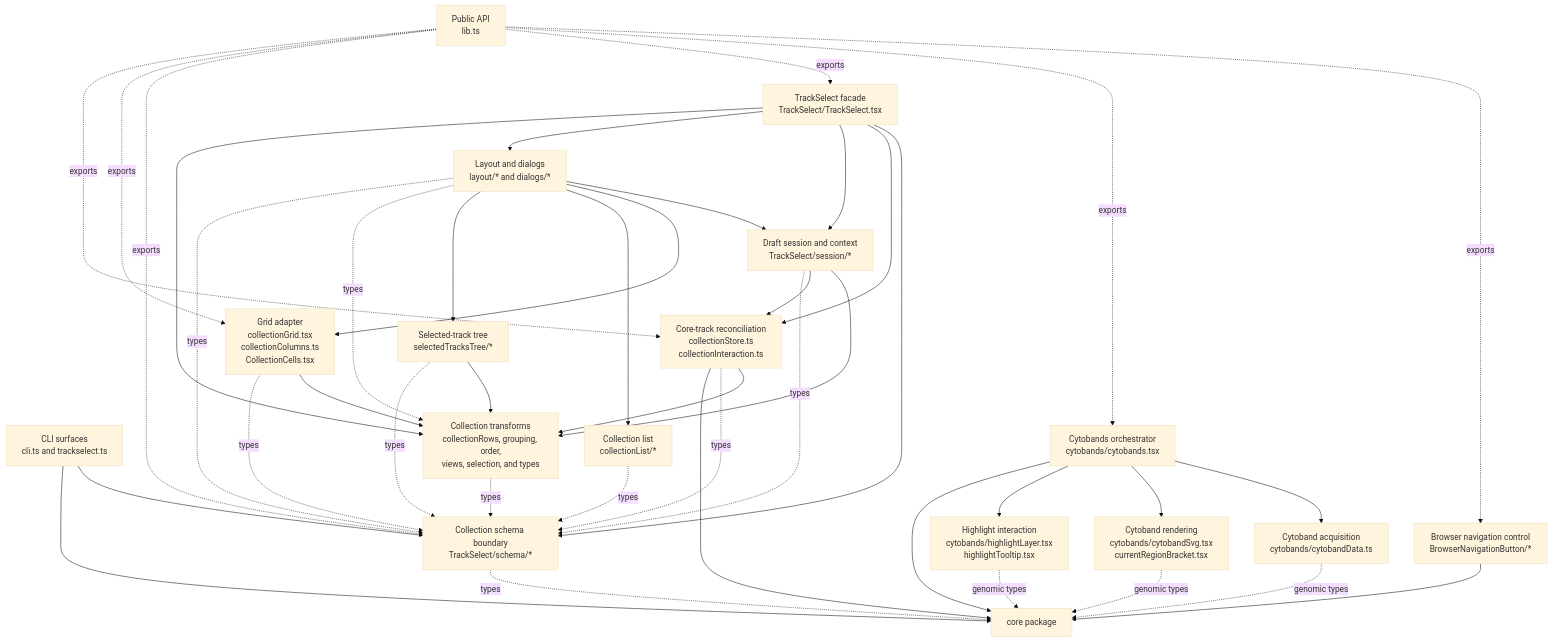
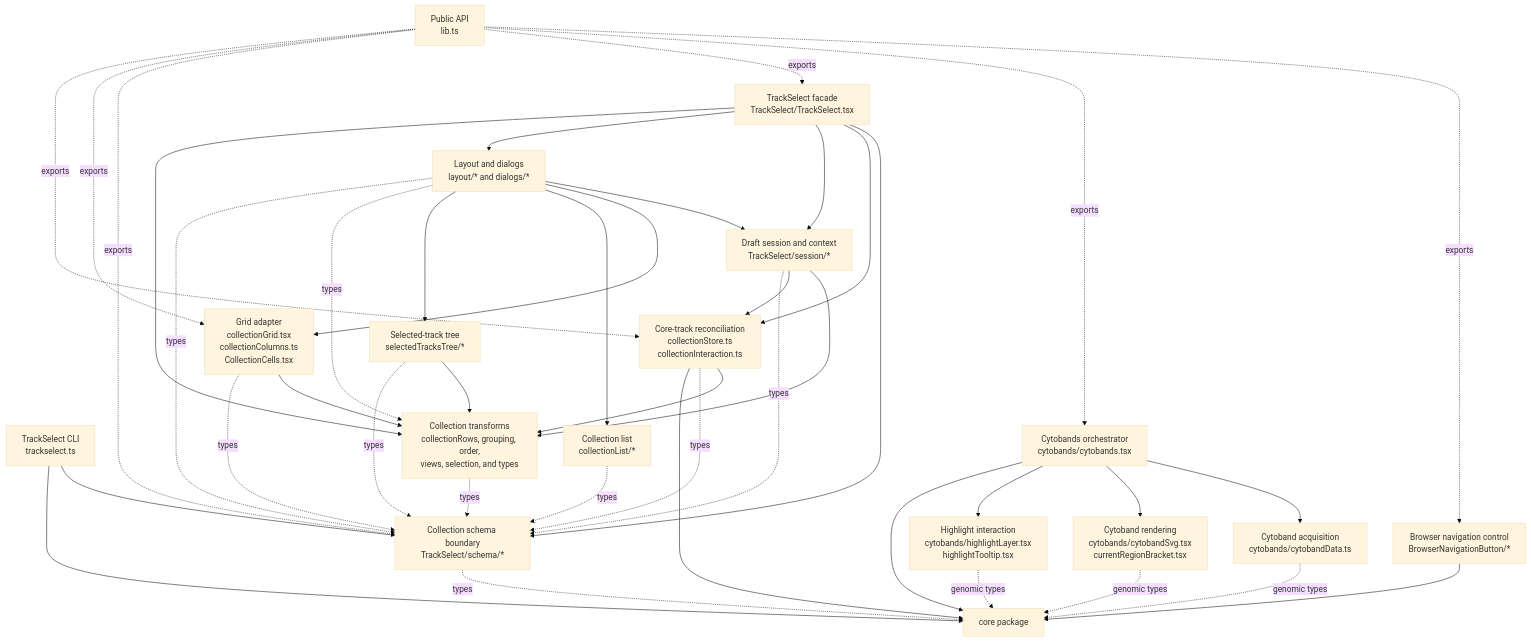
The fourth of 6 diagrams in docs/module-dependencies.md (weng-lab/genomebrowser), drawn with Mermaid (base theme) before and after one commit. The commit also changed 73 other files, not shown here.

````diff
--- a/docs/module-dependencies.md
+++ b/docs/module-dependencies.md
@@ -235,65 +235,65 @@
 ```mermaid
 flowchart TB
   API["Public API<br/>lib.ts"]
-  CLI["CLI surfaces<br/>cli.ts and trackselect.ts"]
+  CLI["TrackSelect CLI<br/>trackselect.ts"]
   CORE["core package"]
 
   NAV["Browser navigation control<br/>BrowserNavigationButton/*"]
   CYTO["Cytobands orchestrator<br/>cytobands/cytobands.tsx"]
   CYTO_DATA["Cytoband acquisition<br/>cytobands/cytobandData.ts"]
   CYTO_SVG["Cytoband rendering<br/>cytobands/cytobandSvg.tsx<br/>currentRegionBracket.tsx"]
   HIGHLIGHTS["Highlight interaction<br/>cytobands/highlightLayer.tsx<br/>highlightTooltip.tsx"]
 
   SELECT["TrackSelect facade<br/>TrackSelect/TrackSelect.tsx"]
   SCHEMA["Collection schema boundary<br/>TrackSelect/schema/*"]
   MODEL["Collection transforms<br/>collectionRows, grouping, order,<br/>views, selection, and types"]
   RECONCILE["Core-track reconciliation<br/>collectionStore.ts<br/>collectionInteraction.ts"]
   SESSION["Draft session and context<br/>TrackSelect/session/*"]
   GRID["Grid adapter<br/>collectionGrid.tsx<br/>collectionColumns.ts<br/>CollectionCells.tsx"]
   LIST["Collection list<br/>collectionList/*"]
   TREE["Selected-track tree<br/>selectedTracksTree/*"]
   LAYOUT["Layout and dialogs<br/>layout/* and dialogs/*"]
 
   API -. "exports" .-> NAV
   API -. "exports" .-> CYTO
   API -. "exports" .-> SELECT
   API -. "exports" .-> SCHEMA
   API -. "exports" .-> GRID
   API -. "exports" .-> RECONCILE
   CLI --> SCHEMA
   CLI --> CORE
 
   NAV --> CORE
   CYTO --> CYTO_DATA
   CYTO --> CYTO_SVG
   CYTO --> HIGHLIGHTS
   CYTO --> CORE
   CYTO_DATA -. "genomic types" .-> CORE
   CYTO_SVG -. "genomic types" .-> CORE
   HIGHLIGHTS -. "genomic types" .-> CORE
 
   SELECT --> SCHEMA
   SELECT --> RECONCILE
   SELECT --> SESSION
   SELECT --> LAYOUT
   SCHEMA -. "types" .-> CORE
   MODEL -. "types" .-> SCHEMA
   SELECT --> MODEL
   RECONCILE --> MODEL
   RECONCILE -. "types" .-> SCHEMA
   RECONCILE --> CORE
   SESSION --> MODEL
   SESSION --> RECONCILE
   SESSION -. "types" .-> SCHEMA
   LAYOUT --> SESSION
   LAYOUT --> GRID
   LAYOUT --> LIST
   LAYOUT --> TREE
   LAYOUT -. "types" .-> MODEL
   LAYOUT -. "types" .-> SCHEMA
   GRID --> MODEL
   GRID -. "types" .-> SCHEMA
   LIST -. "types" .-> SCHEMA
   TREE --> MODEL
   TREE -. "types" .-> SCHEMA
 ```
````
